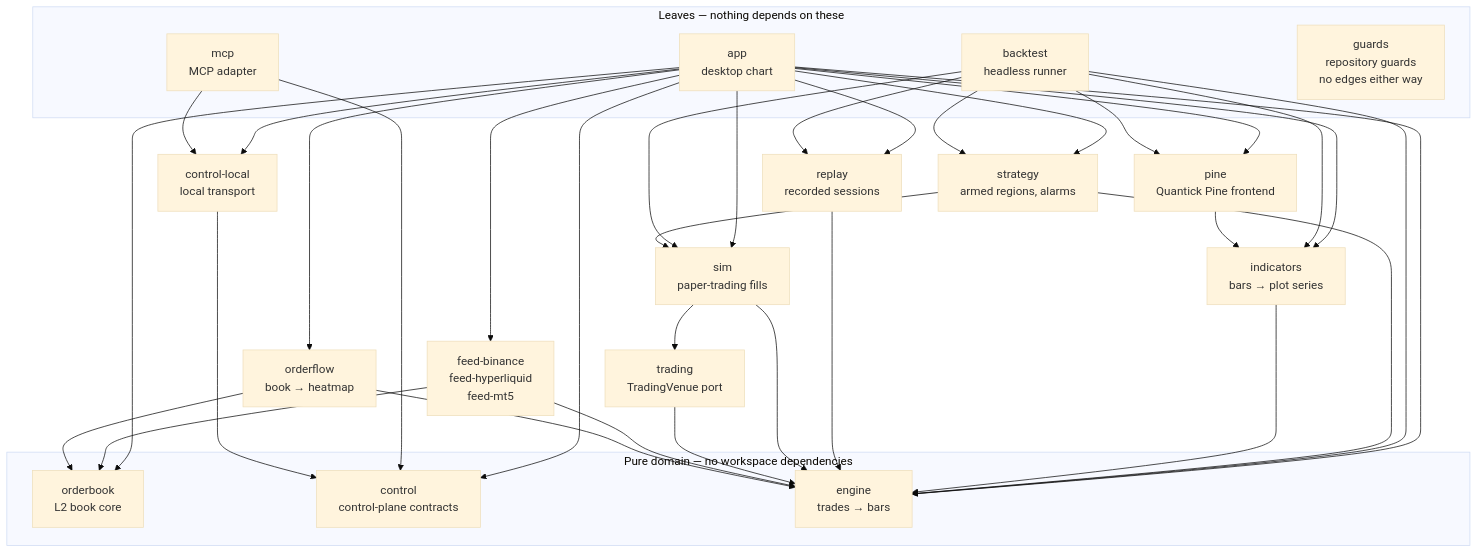
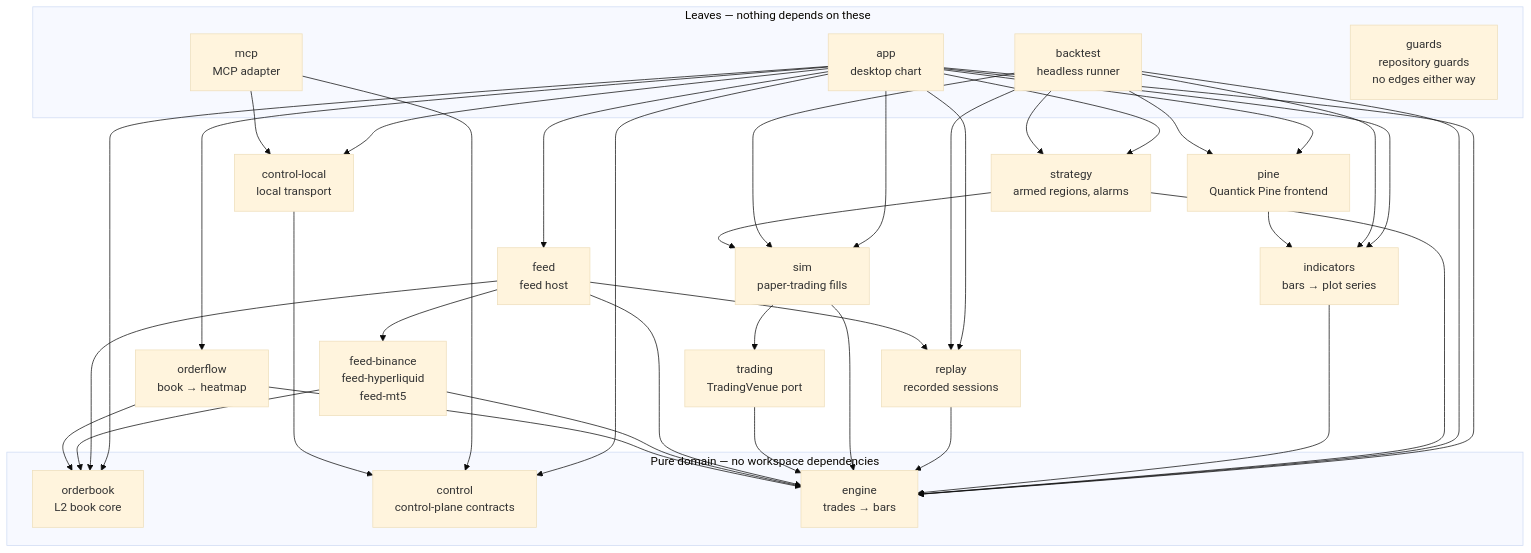
One commit to milocaetano/quantick changed the diagram in AGENTS.md. Above: the diagram before and after it, drawn with Mermaid (base theme). The commit also changed other lines of this file and 47 other files, not shown here.

````diff
--- a/AGENTS.md
+++ b/AGENTS.md
@@ -107,49 +107,53 @@
 ```mermaid
 graph TD
   subgraph leaves["Leaves — nothing depends on these"]
     app["app<br/>desktop chart"]
     backtest["backtest<br/>headless runner"]
     mcp["mcp<br/>MCP adapter"]
     guards["guards<br/>repository guards<br/>no edges either way"]
   end
 
   app --> pine
   app --> indicators
   app --> strategy
   app --> sim
   app --> replay
   app --> orderbook
   app --> orderflow
-  app --> feeds
+  app --> feed
   app --> control
   app --> controllocal
   app --> engine
   backtest --> strategy
   backtest --> pine
   backtest --> indicators
   backtest --> replay
   backtest --> sim
   backtest --> engine
   mcp --> controllocal
   mcp --> control
 
   pine["pine<br/>Quantick Pine frontend"] --> indicators
   strategy["strategy<br/>armed regions, alarms"] --> sim
   strategy --> engine
   controllocal["control-local<br/>local transport"] --> control
   indicators["indicators<br/>bars → plot series"] --> engine
   replay["replay<br/>recorded sessions"] --> engine
   sim["sim<br/>paper-trading fills"] --> trading
   sim --> engine
   trading["trading<br/>TradingVenue port"] --> engine
+  feed["feed<br/>feed host"] --> feeds
+  feed --> replay
+  feed --> orderbook
+  feed --> engine
   feeds["feed-binance<br/>feed-hyperliquid<br/>feed-mt5"] --> engine
   feeds --> orderbook
   orderflow["orderflow<br/>book → heatmap"] --> engine
   orderflow --> orderbook
 
   subgraph pure["Pure domain — no workspace dependencies"]
     engine["engine<br/>trades → bars"]
     orderbook["orderbook<br/>L2 book core"]
     control["control<br/>control-plane contracts"]
   end
 ```
````
